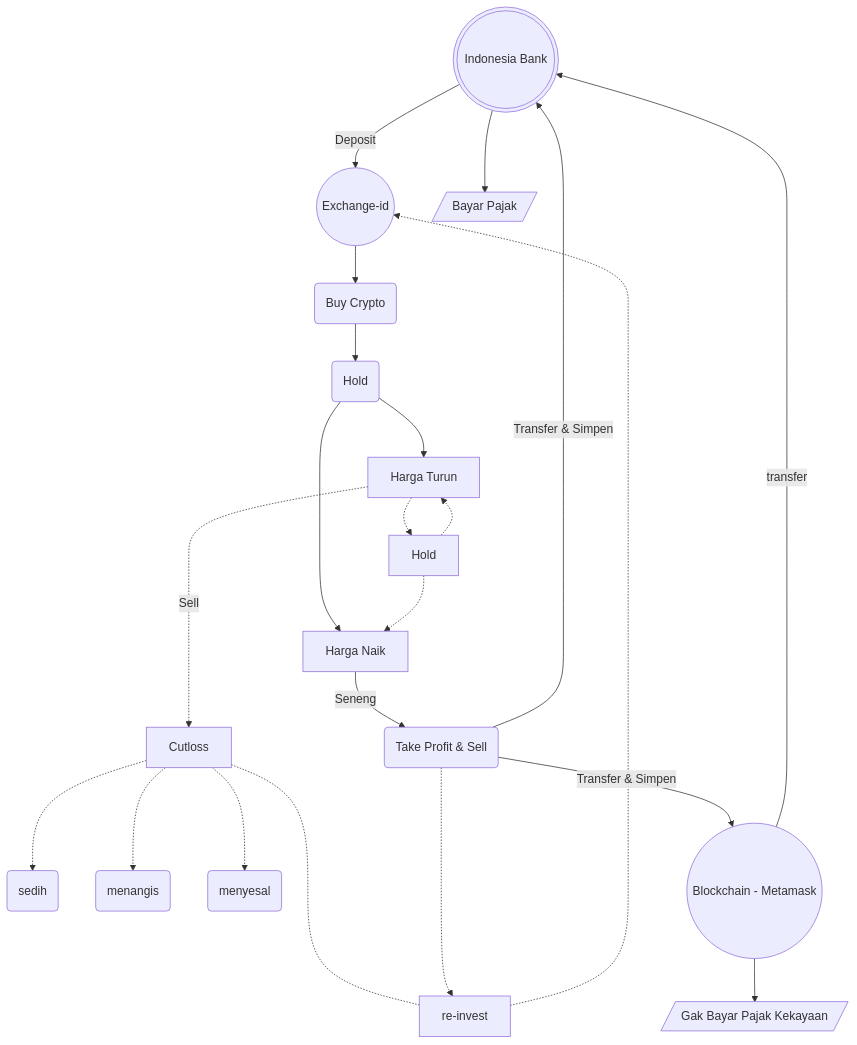
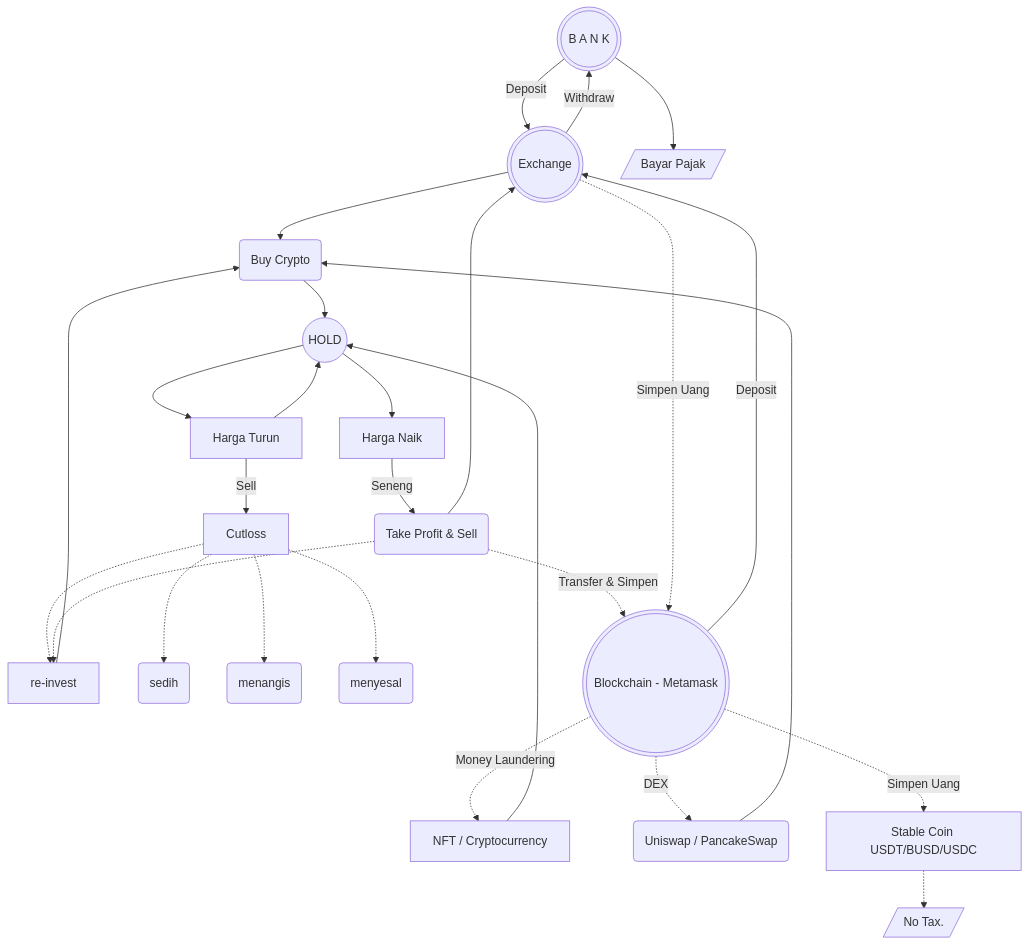
One commit to nescatfe/tea changed the diagram in content/posts/crypto-flowchart.md. Above: the diagram before and after it, drawn with Mermaid. The commit also changed other lines of this file, not shown here.

Commit message:
Re-route flowchart

````diff
--- a/content/posts/crypto-flowchart.md
+++ b/content/posts/crypto-flowchart.md
@@ -19,23 +19,28 @@
 ```mermaid
 flowchart TB
 
-A(((Indonesia Bank))) -->|Deposit| B((Exchange-id))
+A(((B A N K))) -->|Deposit| B(((Exchange)))
 B --> BC(Buy Crypto)
-BC --> C(Hold)
-C --> D[Harga Naik] -->|Seneng| H(Take Profit & Sell)
-C --> E[Harga Turun]
-E -.->|Sell| F[Cutloss]
-F -..- RI[re-invest] -.-> B
-H -..-> RI
-E -.-> G[Hold]
-G -.-> D
-G -.-> E
-H -->|Transfer & Simpen| A
+BC --> G(Hold)
+G --> D[Harga Naik] -->|Seneng| H(Take Profit & Sell)
+G --> E[Harga Turun]
+E -->|Sell| F[Cutloss]
+F -.-> RI[re-invest] --> BC
+H -.-> RI
+H --> B
+E --> G((HOLD))
 F -.-> I(sedih)
 F -.-> J(menangis)
 F -.-> K(menyesal)
 A --> PJ[/Bayar Pajak/]
-H -->|Transfer & Simpen| block((Blockchain - Metamask))
-block --> GP[/Gak Bayar Pajak Kekayaan/]
-block -->|transfer| A
+H -.->|Transfer & Simpen| block(((Blockchain - Metamask)))
+block -->|Deposit| B
+B -->|Withdraw| A
+B -.->|Simpen Uang| block
+block -.->|Money Laundering| NFT[NFT / Cryptocurrency]
+NFT --> G
+block -.->|DEX| UP(Uniswap / PancakeSwap)
+UP --> BC
+block -.->|Simpen Uang| SC[Stable Coin USDT/BUSD/USDC]
+SC -.-> GP[/No Tax./]
 ```
````
